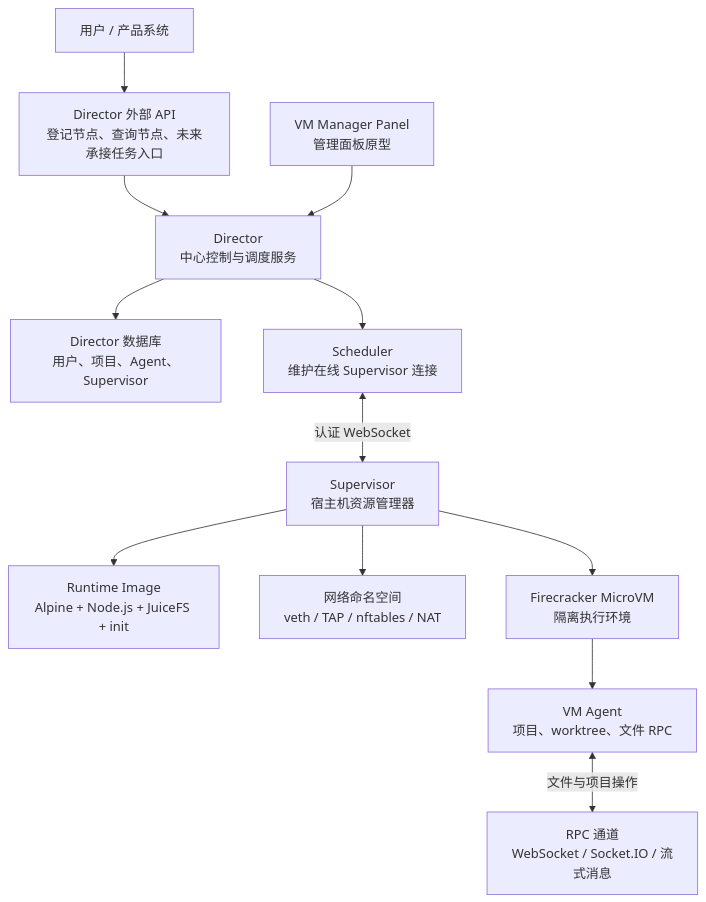
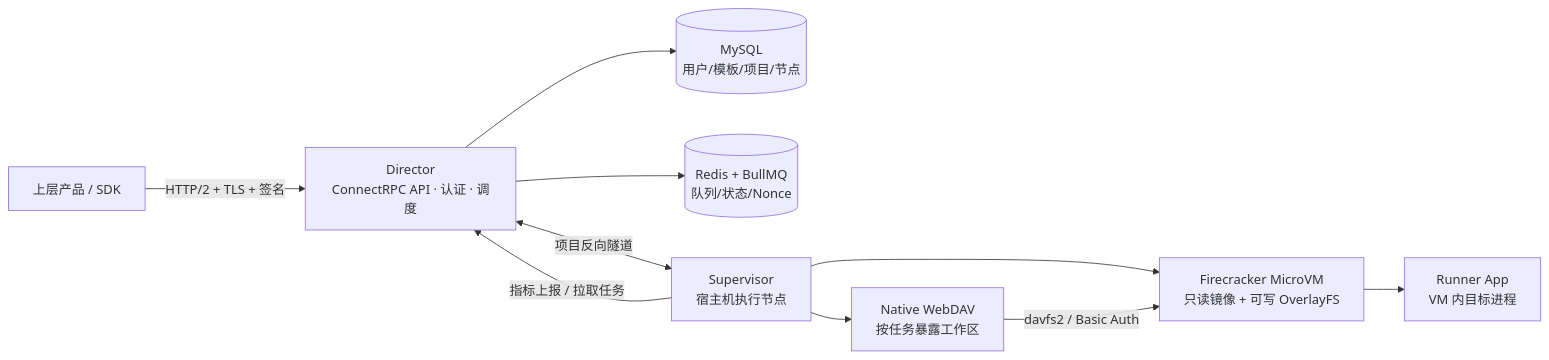
One commit to Orano-Labs/agent-worker changed the first of 2 diagrams in README.md. Above: the diagram before and after it, drawn with Mermaid. The commit also changed other lines of this file and 1 other file, not shown here.

Commit message:
🔧 (gitmodules): add submodule for supervisor service targeting linux-amazon 📝 (README.md): update documentation to reflect current project architecture and progress

````diff
--- a/README.md
+++ b/README.md
@@ -44,27 +17,21 @@
 ```mermaid
-flowchart TB
-  User["用户 / 产品系统"]
-  API["Director 外部 API<br/>登记节点、查询节点、未来承接任务入口"]
-  Director["Director<br/>中心控制与调度服务"]
-  DB["Director 数据库<br/>用户、项目、Agent、Supervisor"]
-  Scheduler["Scheduler<br/>维护在线 Supervisor 连接"]
-  Supervisor["Supervisor<br/>宿主机资源管理器"]
-  RuntimeImage["Runtime Image<br/>Alpine + Node.js + JuiceFS + init"]
-  Network["网络命名空间<br/>veth / TAP / nftables / NAT"]
-  Firecracker["Firecracker MicroVM<br/>隔离执行环境"]
-  VMAgent["VM Agent<br/>项目、worktree、文件 RPC"]
-  RPC["RPC 通道<br/>WebSocket / Socket.IO / 流式消息"]
-  Panel["VM Manager Panel<br/>管理面板原型"]
+flowchart LR
+  Client["上层产品 / SDK"]
+  Director["Director<br/>ConnectRPC API · 认证 · 调度"]
+  MySQL[("MySQL<br/>用户/模板/项目/节点")]
+  Redis[("Redis + BullMQ<br/>队列/状态/Nonce")]
+  Supervisor["Supervisor<br/>宿主机执行节点"]
+  WebDAV["Native WebDAV<br/>按任务暴露工作区"]
+  VM["Firecracker MicroVM<br/>只读镜像 + 可写 OverlayFS"]
+  App["Runner App<br/>VM 内目标进程"]
 
-  User --> API
-  API --> Director
-  Director --> DB
-  Director --> Scheduler
-  Scheduler <-->|认证 WebSocket| Supervisor
-  Supervisor --> RuntimeImage
-  Supervisor --> Network
-  Supervisor --> Firecracker
-  Firecracker --> VMAgent
-  VMAgent <-->|文件与项目操作| RPC
-  Panel --> Director
+  Client -->|"HTTP/2 + TLS + 签名"| Director
+  Director --> MySQL
+  Director --> Redis
+  Supervisor -->|"指标上报 / 拉取任务"| Director
+  Director <-->|"项目反向隧道"| Supervisor
+  Supervisor --> WebDAV
+  Supervisor --> VM
+  WebDAV -->|"davfs2 / Basic Auth"| VM
+  VM --> App
 ```
````
